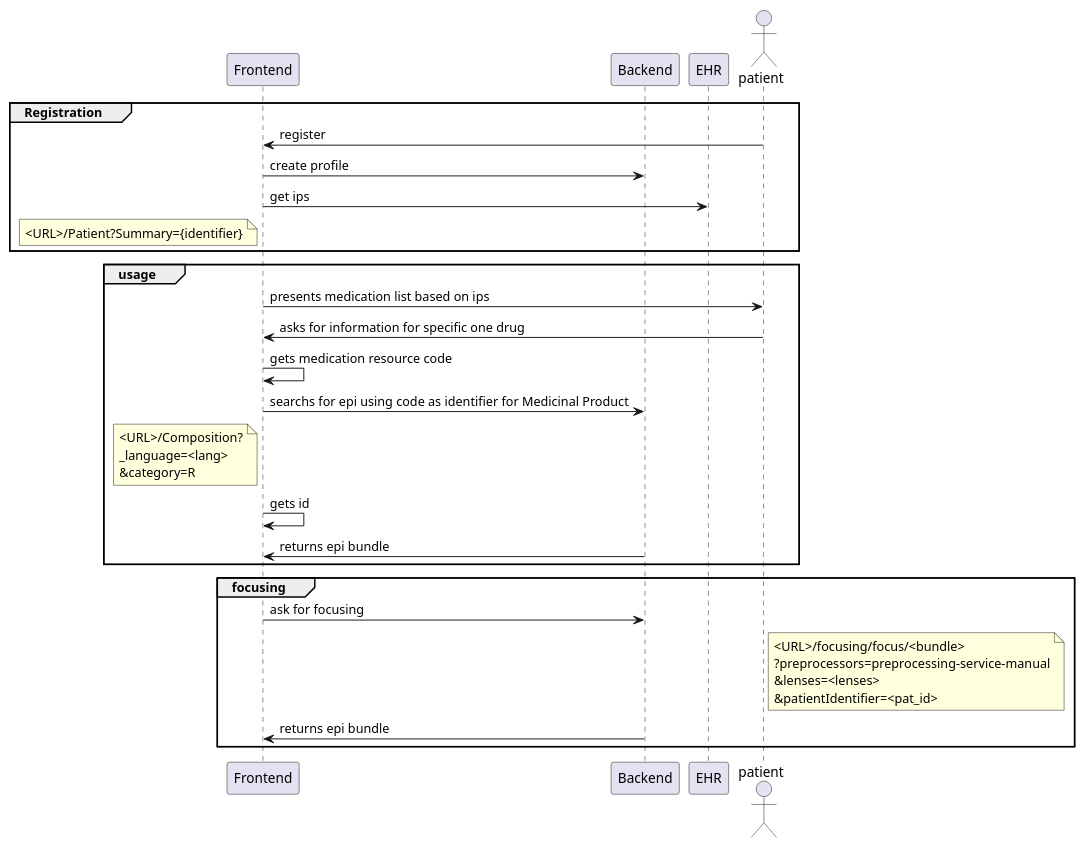
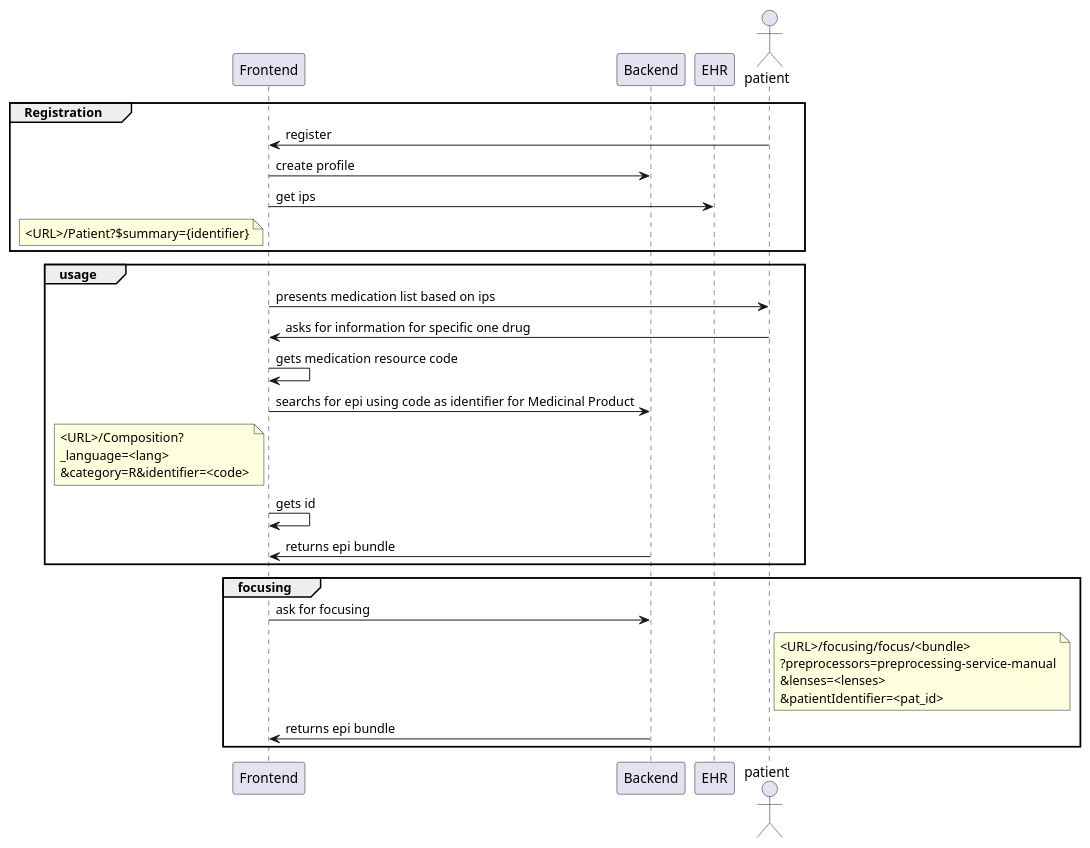
One commit to hl7-eu/gravitate-health changed the diagram in input/images-source/workflow-project.plantuml. Above: the diagram before and after it, drawn with PlantUML.

Commit message:
correct image

```diff
--- a/input/images-source/workflow-project.plantuml
+++ b/input/images-source/workflow-project.plantuml
@@ -1,60 +1,60 @@
 @startuml
 participant Frontend as fe
 participant Backend as be
 participant EHR as ehr
 actor       patient       as pat
 /'
 actor       Physician       as phy
 
 boundary    Boundary    as Foo2
 control     Control     as Foo3
 entity      Entity      as Foo4
 collections Collections as Foo6
 queue       Queue       as Foo7
 Foo -> Foo5 : To database
 Foo -> Foo6 : To collections
 Foo -> Foo7: To queue
 database    MPI    as mpi
 
 '/
 /'phy -> ehr : add information across several appointments
 '/
 group Registration
 
 pat -> fe : register
 fe -> be : create profile
 fe -> ehr : get ips 
-note left of fe : <URL>/Patient?Summary={identifier}
+note left of fe : <URL>/Patient?$summary={identifier}
 
 end
 
 
 group usage
 fe -> pat: presents medication list based on ips
 pat -> fe : asks for information for specific one drug
 fe -> fe : gets medication resource code
 fe -> be: searchs for epi using code as identifier for Medicinal Product
 note left of fe
  <URL>/Composition?
  _language=<lang>
- &category=R
+ &category=R&identifier=<code>
  end note
 fe -> fe: gets id
 be -> fe: returns epi bundle
 
 end
 
 group focusing
 fe -> be: ask for focusing
 note right of pat 
 <URL>/focusing/focus/<bundle>
 ?preprocessors=preprocessing-service-manual
 &lenses=<lenses>
 &patientIdentifier=<pat_id>
 end note
 
 be -> fe: returns epi bundle
 
 
 end
 @enduml
```
